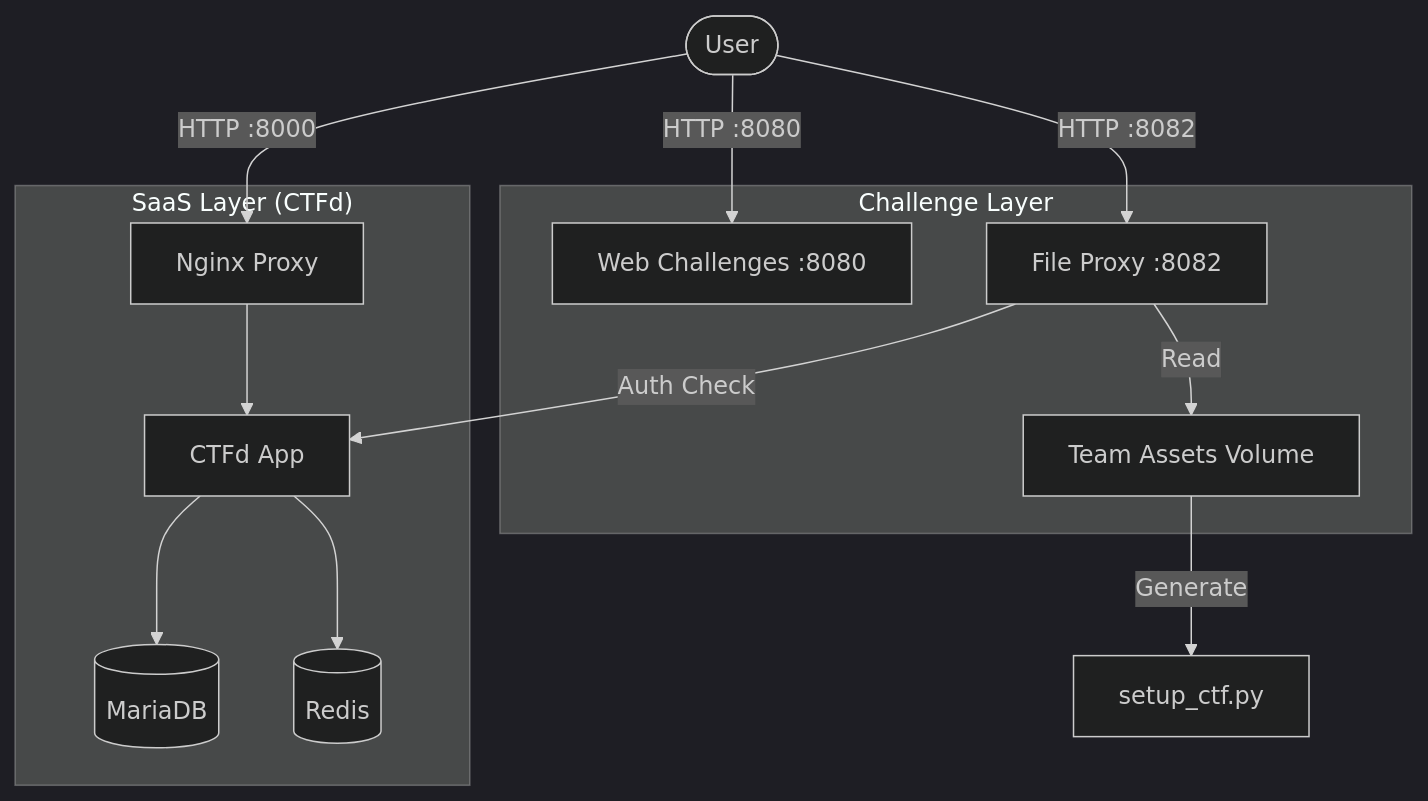
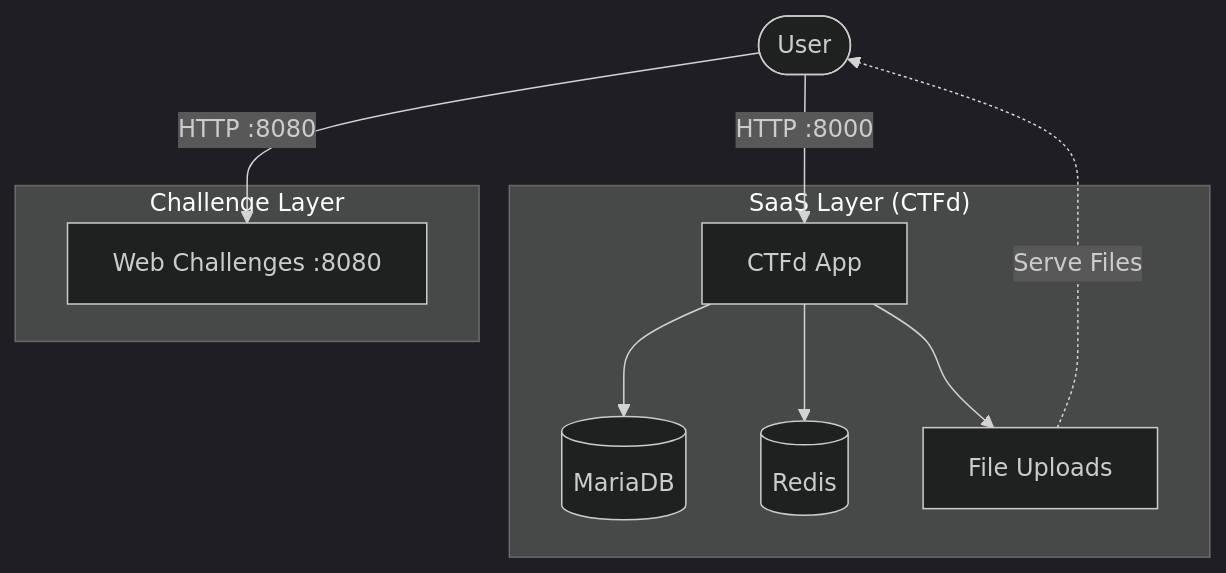
Before and after one commit to djmahe4/hyve-ctf-2026: the diagram in docs/LOGIC.md, drawn with Mermaid (dark theme). The commit also changed other lines of this file and 20 other files, not shown here.

````diff
--- a/docs/LOGIC.md
+++ b/docs/LOGIC.md
@@ -65,29 +44,24 @@
 ```mermaid
 graph TD
     User([User])
     
     subgraph "SaaS Layer (CTFd)"
-        LB[Nginx Proxy]
         CTFd[CTFd App]
         DB[(MariaDB)]
         Cache[(Redis)]
+        Uploads[File Uploads]
     end
     
     subgraph "Challenge Layer"
         WebChal[Web Challenges :8080]
-        FileProxy[File Proxy :8082]
-        Assets[Team Assets Volume]
     end
     
-    User -->|HTTP :8000| LB
-    LB --> CTFd
+    User -->|HTTP :8000| CTFd
     CTFd --> DB
     CTFd --> Cache
+    CTFd --> Uploads
     
     User -->|HTTP :8080| WebChal
-    User -->|HTTP :8082| FileProxy
     
-    FileProxy -->|Auth Check| CTFd
-    FileProxy -->|Read| Assets
-    Assets -->|Generate| SetupScript[setup_ctf.py]
+    Uploads -.->|Serve Files| User
 ```
````
